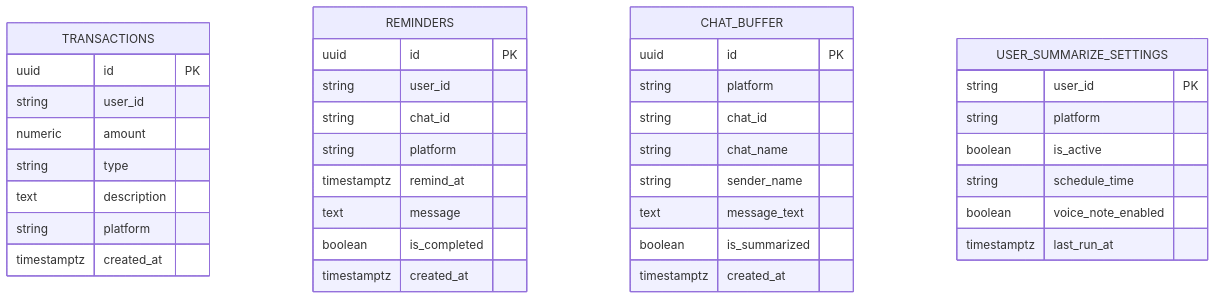
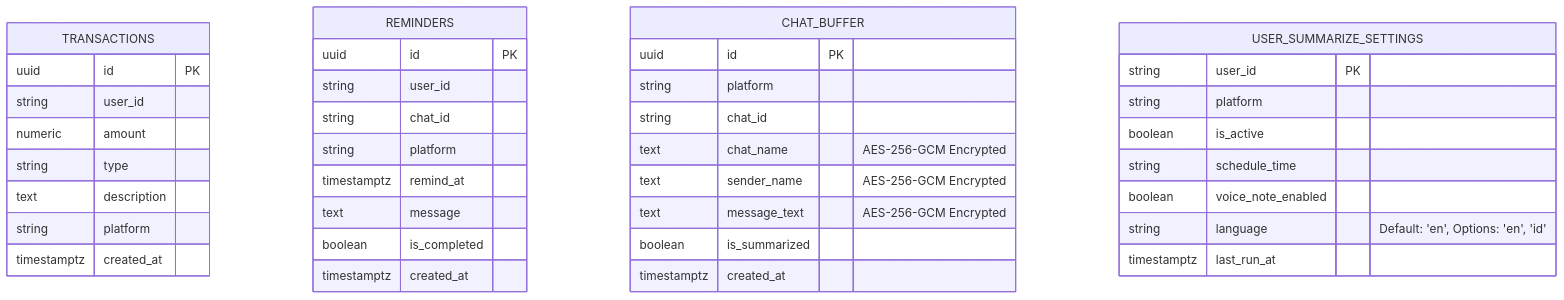
The fourth of 4 diagrams in docs/ARCHITECTURE.md (Yogs4R/fuenzer-bot), drawn with Mermaid before and after one commit. The commit also changed other lines of this file and 3 other files, not shown here.

Commit message:
docs: update specifications with AES-256 encryption, 24h retention, and bilingual roadmap

````diff
--- a/docs/ARCHITECTURE.md
+++ b/docs/ARCHITECTURE.md
@@ -220,40 +232,41 @@
 ```mermaid
 erDiagram
     TRANSACTIONS {
         uuid id PK
         string user_id
         numeric amount
         string type
         text description
         string platform
         timestamptz created_at
     }
     REMINDERS {
         uuid id PK
         string user_id
         string chat_id
         string platform
         timestamptz remind_at
         text message
         boolean is_completed
         timestamptz created_at
     }
     CHAT_BUFFER {
         uuid id PK
         string platform
         string chat_id
-        string chat_name
-        string sender_name
-        text message_text
+        text chat_name "AES-256-GCM Encrypted"
+        text sender_name "AES-256-GCM Encrypted"
+        text message_text "AES-256-GCM Encrypted"
         boolean is_summarized
         timestamptz created_at
     }
     USER_SUMMARIZE_SETTINGS {
         string user_id PK
         string platform
         boolean is_active
         string schedule_time
         boolean voice_note_enabled
+        string language "Default: 'en', Options: 'en', 'id'"
         timestamptz last_run_at
     }
 ```
````
